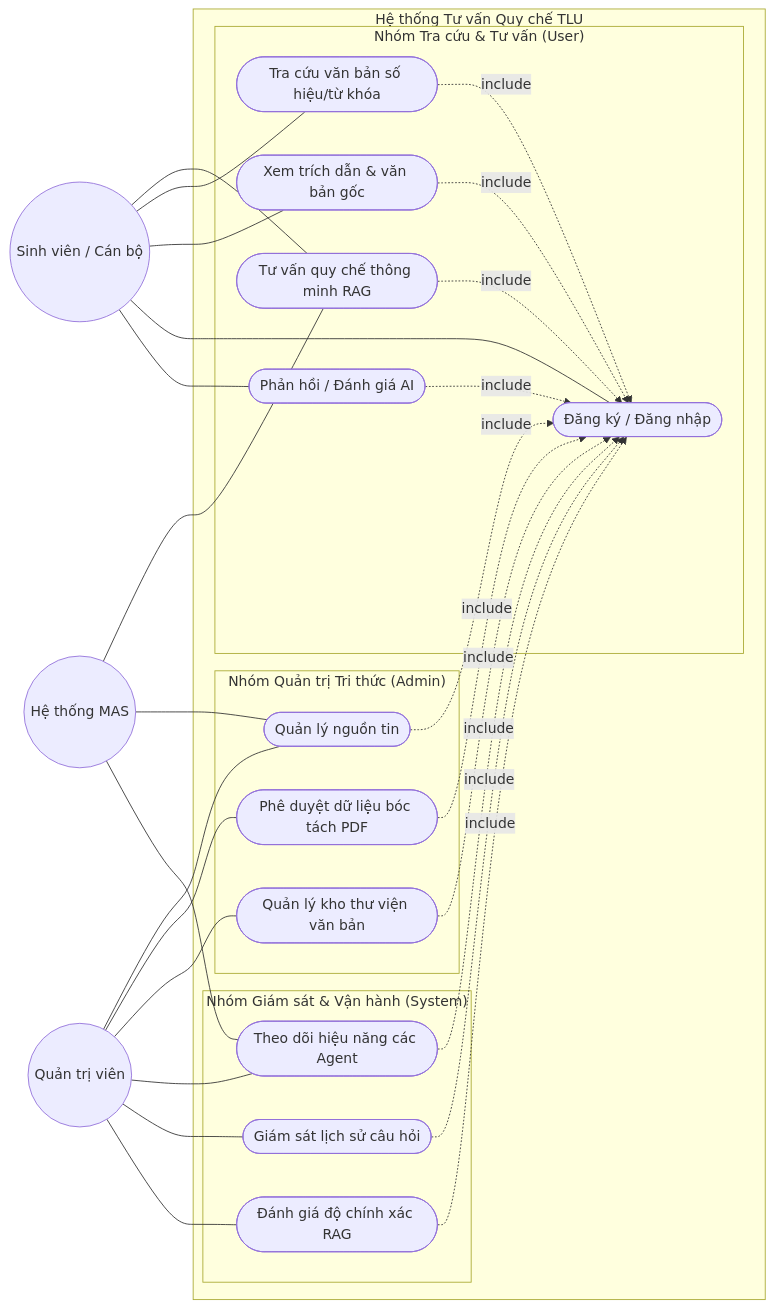
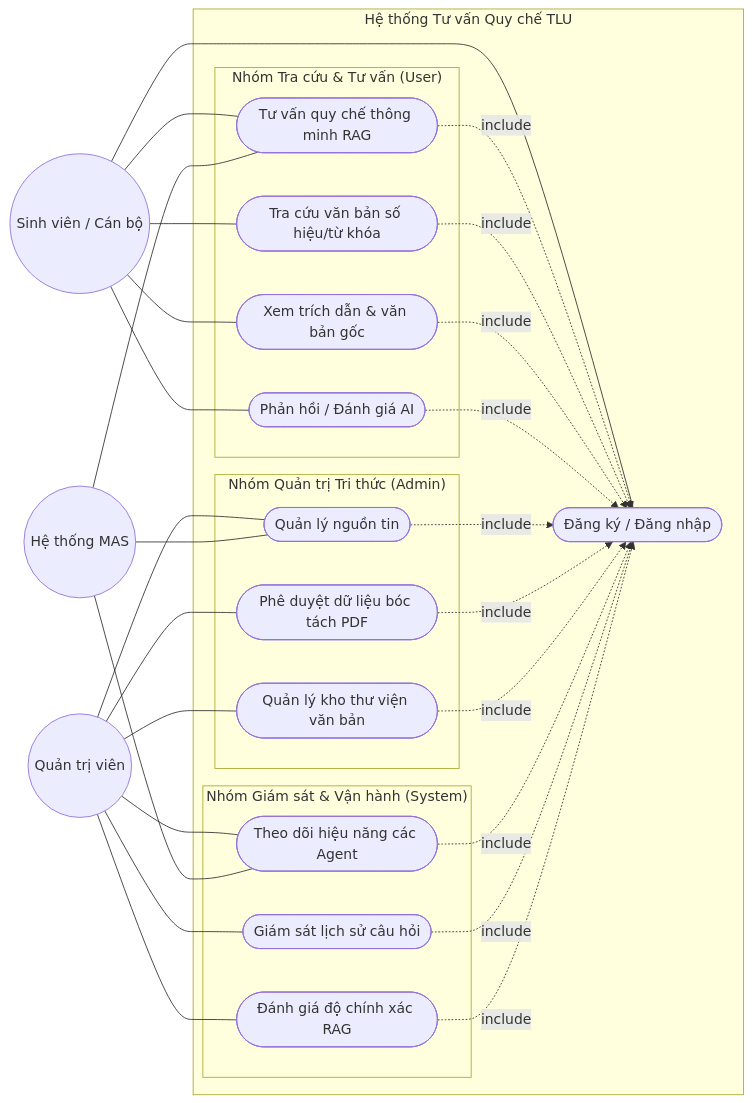
One commit to ntai0404/DATN_2251162143_ProgressNote changed the second of 3 diagrams in taskWeek1-2/COMPREHENSIVE_REPORT_WEEK1-2.md. Above: the diagram before and after it, drawn with Mermaid.

Commit message:
Reposition UC4 (Authentication) as a shared system concern

````diff
--- a/taskWeek1-2/COMPREHENSIVE_REPORT_WEEK1-2.md
+++ b/taskWeek1-2/COMPREHENSIVE_REPORT_WEEK1-2.md
@@ -113,56 +113,57 @@
 ```mermaid
 graph LR
     User((Sinh viên / Cán bộ)) 
     Admin((Quản trị viên))
     MAS((Hệ thống MAS))
     
     subgraph "Hệ thống Tư vấn Quy chế TLU" 
+        UC4([Đăng ký / Đăng nhập])
+        
         subgraph "Nhóm Tra cứu & Tư vấn (User)"
             UC1([Tư vấn quy chế thông minh RAG])
             UC2([Tra cứu văn bản số hiệu/từ khóa])
             UC3([Xem trích dẫn & văn bản gốc])
-            UC4([Đăng ký / Đăng nhập])
             UC5([Phản hồi / Đánh giá AI])
         end
         
         subgraph "Nhóm Quản trị Tri thức (Admin)"
             UC6([Quản lý nguồn tin])
             UC7([Phê duyệt dữ liệu bóc tách PDF])
             UC8([Quản lý kho thư viện văn bản])
         end
         
         subgraph "Nhóm Giám sát & Vận hành (System)"
             UC9([Theo dõi hiệu năng các Agent])
             UC10([Giám sát lịch sử câu hỏi])
             UC11([Đánh giá độ chính xác RAG])
         end
     end
     
     User --- UC1
     User --- UC2
     User --- UC3
     User --- UC4
     User --- UC5
     
     Admin --- UC6
     Admin --- UC7
     Admin --- UC8
     Admin --- UC9
     Admin --- UC10
     Admin --- UC11
     
     MAS --- UC1
     MAS --- UC6
     MAS --- UC9
     
     UC1 -.-> |include| UC4
     UC2 -.-> |include| UC4
     UC3 -.-> |include| UC4
     UC5 -.-> |include| UC4
     UC6 -.-> |include| UC4
     UC7 -.-> |include| UC4
     UC8 -.-> |include| UC4
     UC9 -.-> |include| UC4
     UC10 -.-> |include| UC4
     UC11 -.-> |include| UC4
 ```
````
